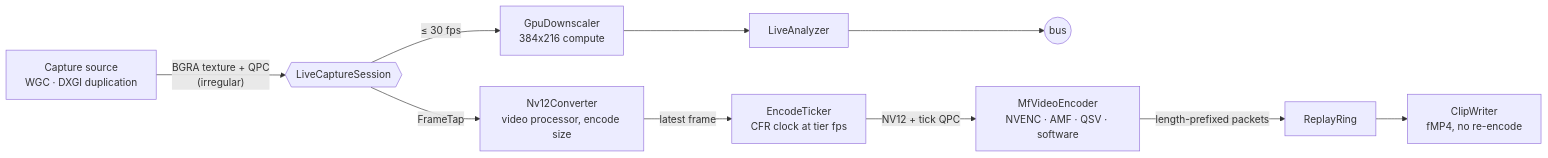
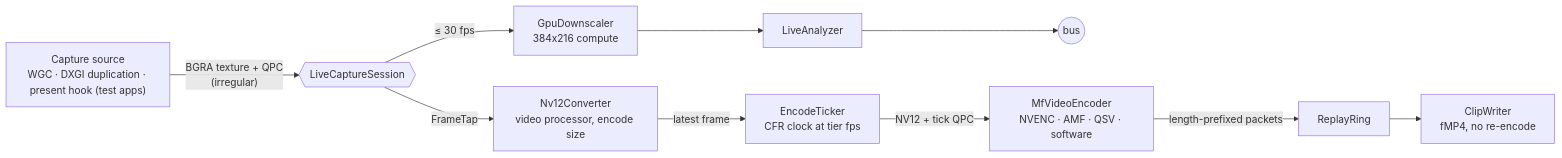
Before and after one commit to Joshmh7128/Lookback: the diagram in docs/wiki/Live-Capture.md, drawn with Mermaid. The commit also changed other lines of this file and 33 other files, not shown here.

````diff
--- a/docs/wiki/Live-Capture.md
+++ b/docs/wiki/Live-Capture.md
@@ -13,9 +13,9 @@
 ```mermaid
 flowchart LR
-    SRC["Capture source<br/>WGC · DXGI duplication"] -- "BGRA texture + QPC<br/>(irregular)" --> TAP{{LiveCaptureSession}}
+    SRC["Capture source<br/>WGC · DXGI duplication · present hook (test apps)"] -- "BGRA texture + QPC<br/>(irregular)" --> TAP{{LiveCaptureSession}}
     TAP -- "≤ 30 fps" --> DS["GpuDownscaler<br/>384x216 compute"] --> LA[LiveAnalyzer] --> BUS((bus))
     TAP -- FrameTap --> NV["Nv12Converter<br/>video processor, encode size"]
     NV -- latest frame --> TK["EncodeTicker<br/>CFR clock at tier fps"]
     TK -- "NV12 + tick QPC" --> ENC["MfVideoEncoder<br/>NVENC · AMF · QSV · software"]
     ENC -- "length-prefixed packets" --> RING[ReplayRing] --> CLIP["ClipWriter<br/>fMP4, no re-encode"]
 ```
````
